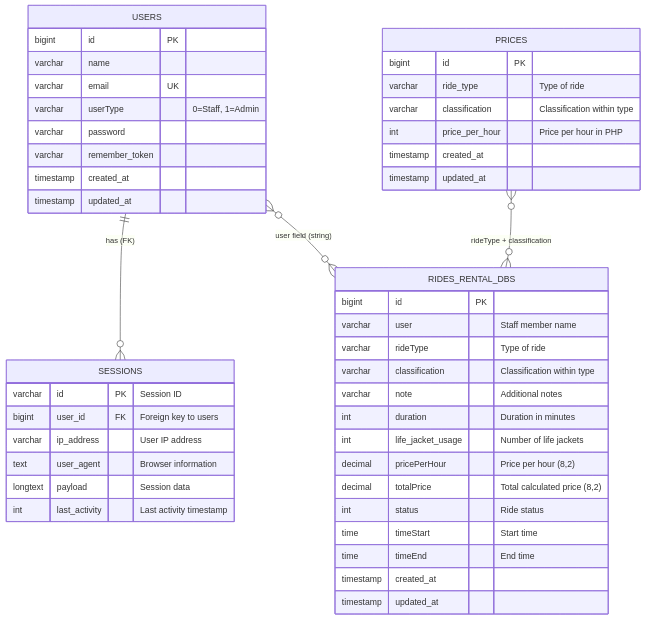
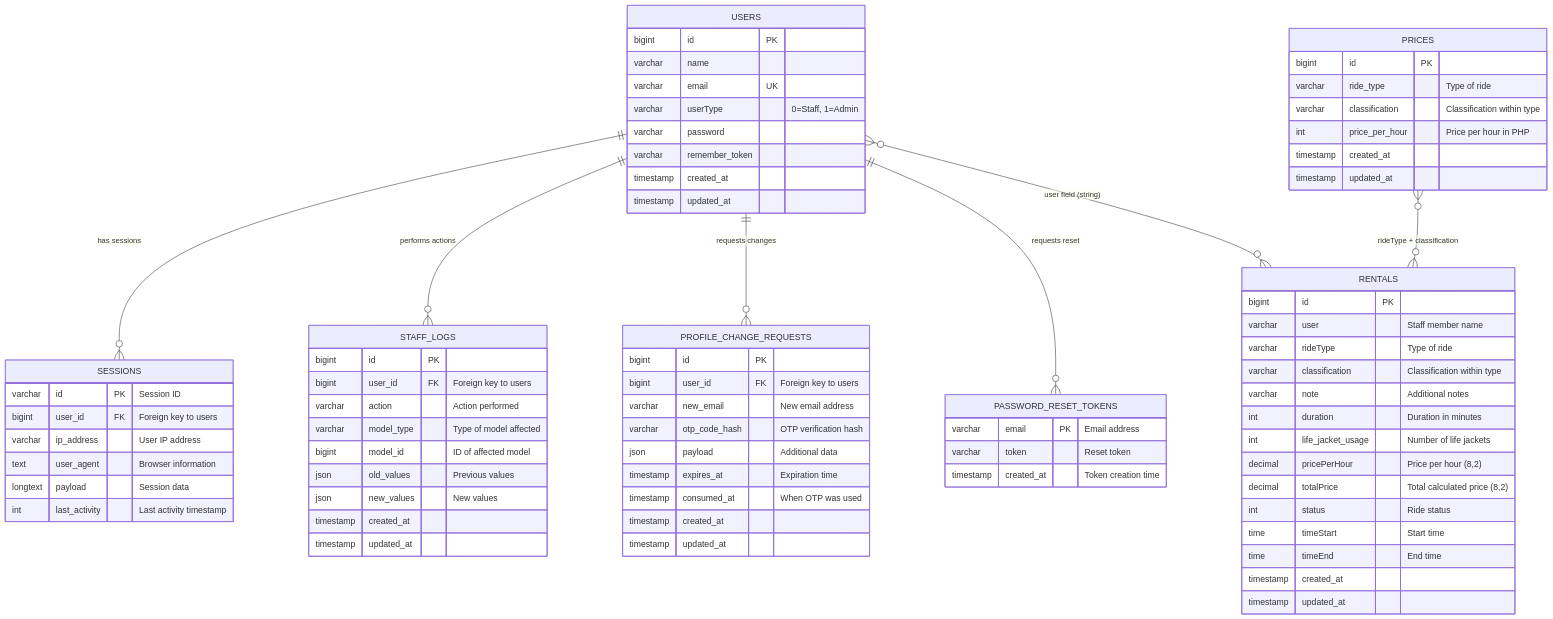
One commit to Graph3ned/EtchonWaterRides changed the diagram in current_database_schema.mermaid. Above: the diagram before and after it, drawn with Mermaid. The commit also changed 12 other files, not shown here.

```diff
--- a/current_database_schema.mermaid
+++ b/current_database_schema.mermaid
@@ -1,53 +1,86 @@
 erDiagram
     USERS {
         bigint id PK
         varchar name
         varchar email UK
         varchar userType "0=Staff, 1=Admin"
         varchar password
         varchar remember_token
         timestamp created_at
         timestamp updated_at
     }
     
-    RIDES_RENTAL_DBS {
+    RENTALS {
         bigint id PK
         varchar user "Staff member name"
         varchar rideType "Type of ride"
         varchar classification "Classification within type"
         varchar note "Additional notes"
         int duration "Duration in minutes"
         int life_jacket_usage "Number of life jackets"
         decimal pricePerHour "Price per hour (8,2)"
         decimal totalPrice "Total calculated price (8,2)"
         int status "Ride status"
         time timeStart "Start time"
         time timeEnd "End time"
         timestamp created_at
         timestamp updated_at
     }
     
     PRICES {
         bigint id PK
         varchar ride_type "Type of ride"
         varchar classification "Classification within type"
         int price_per_hour "Price per hour in PHP"
         timestamp created_at
         timestamp updated_at
     }
     
     SESSIONS {
         varchar id PK "Session ID"
         bigint user_id FK "Foreign key to users"
         varchar ip_address "User IP address"
         text user_agent "Browser information"
         longtext payload "Session data"
         int last_activity "Last activity timestamp"
     }
+    
+    STAFF_LOGS {
+        bigint id PK
+        bigint user_id FK "Foreign key to users"
+        varchar action "Action performed"
+        varchar model_type "Type of model affected"
+        bigint model_id "ID of affected model"
+        json old_values "Previous values"
+        json new_values "New values"
+        timestamp created_at
+        timestamp updated_at
+    }
+    
+    PROFILE_CHANGE_REQUESTS {
+        bigint id PK
+        bigint user_id FK "Foreign key to users"
+        varchar new_email "New email address"
+        varchar otp_code_hash "OTP verification hash"
+        json payload "Additional data"
+        timestamp expires_at "Expiration time"
+        timestamp consumed_at "When OTP was used"
+        timestamp created_at
+        timestamp updated_at
+    }
+    
+    PASSWORD_RESET_TOKENS {
+        varchar email PK "Email address"
+        varchar token "Reset token"
+        timestamp created_at "Token creation time"
+    }
 
-    %% Relationships
-    USERS ||--o{ SESSIONS : "has (FK)"
+    %% Foreign Key Relationships
+    USERS ||--o{ SESSIONS : "has sessions"
+    USERS ||--o{ STAFF_LOGS : "performs actions"
+    USERS ||--o{ PROFILE_CHANGE_REQUESTS : "requests changes"
+    USERS ||--o{ PASSWORD_RESET_TOKENS : "requests reset"
     
     %% Loose Coupling Relationships (No FKs)
-    USERS }o--o{ RIDES_RENTAL_DBS : "user field (string)"
-    PRICES }o--o{ RIDES_RENTAL_DBS : "rideType + classification"
+    USERS }o--o{ RENTALS : "user field (string)"
+    PRICES }o--o{ RENTALS : "rideType + classification"
```
